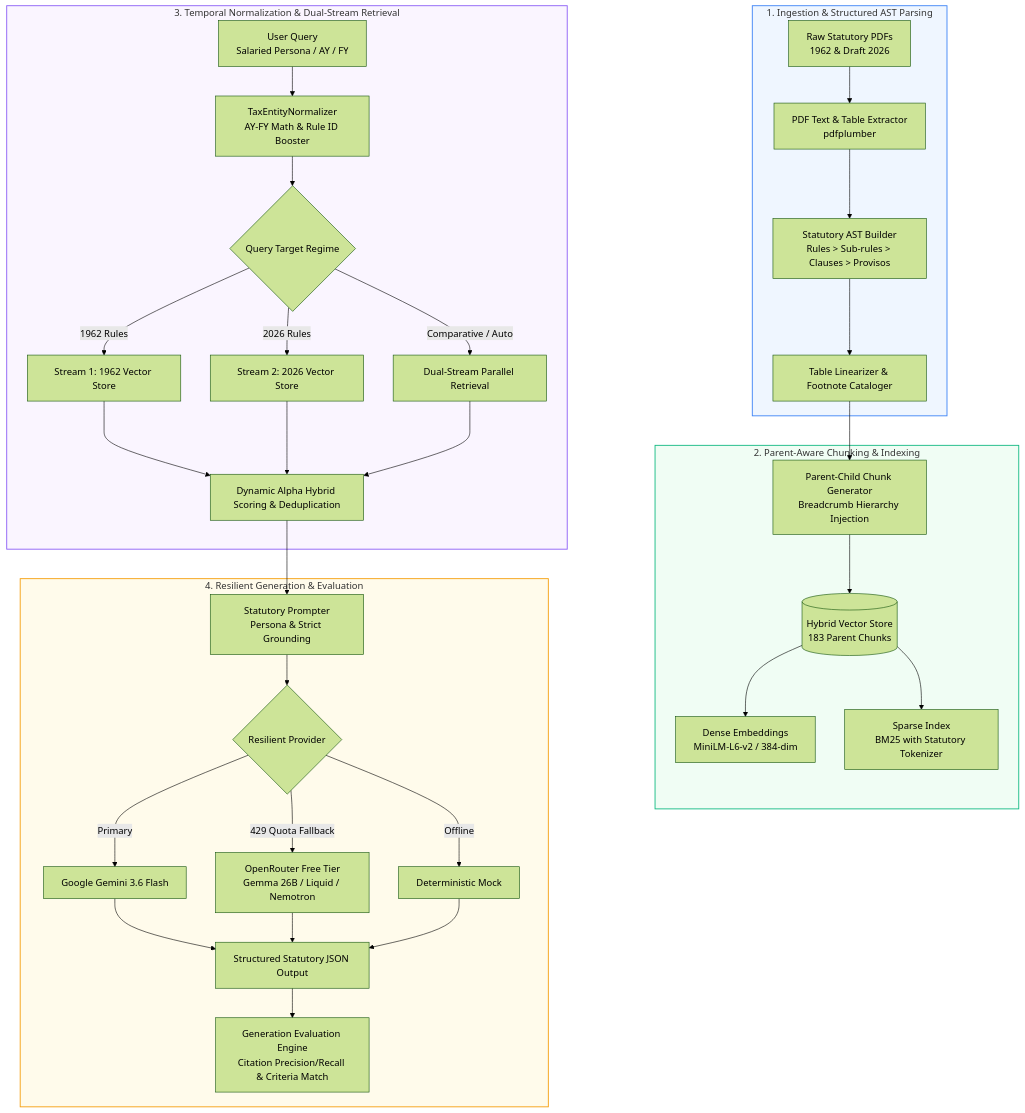
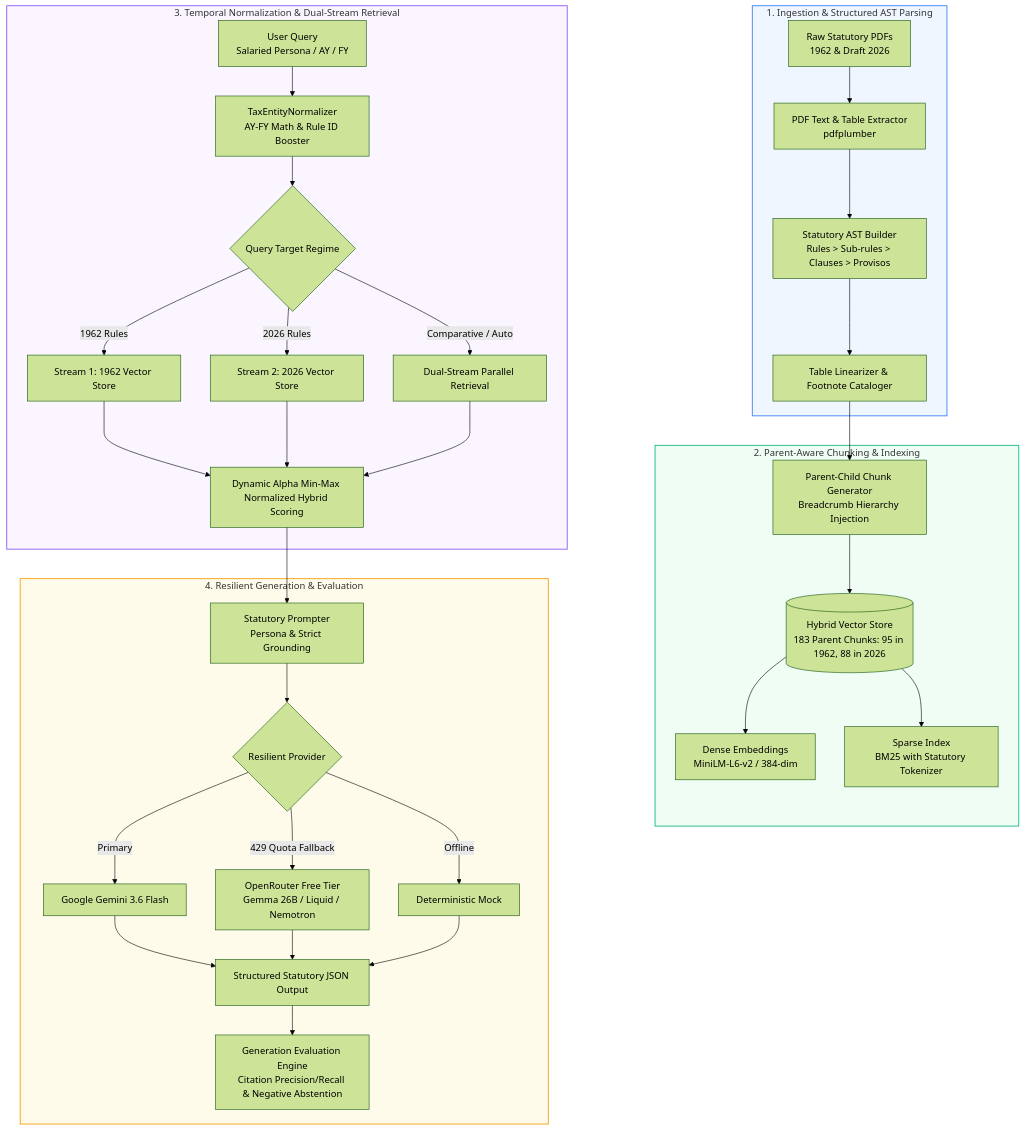
The first of 2 diagrams in README.md (esannihith/tax-chrono-rag), drawn with Mermaid (forest theme) before and after one commit. The commit also changed other lines of this file and 27 other files, not shown here.

````diff
--- a/README.md
+++ b/README.md
@@ -55,43 +56,43 @@
 ```mermaid
 flowchart TD
     subgraph INGESTION ["1. Ingestion & Structured AST Parsing"]
         A1[Raw Statutory PDFs<br/>1962 & Draft 2026] --> A2[PDF Text & Table Extractor<br/>pdfplumber]
         A2 --> A3[Statutory AST Builder<br/>Rules > Sub-rules > Clauses > Provisos]
         A3 --> A4[Table Linearizer & Footnote Cataloger]
     end
 
     subgraph CHUNKING ["2. Parent-Aware Chunking & Indexing"]
         A4 --> B1[Parent-Child Chunk Generator<br/>Breadcrumb Hierarchy Injection]
-        B1 --> B2[(Hybrid Vector Store<br/>183 Parent Chunks)]
+        B1 --> B2[(Hybrid Vector Store<br/>183 Parent Chunks: 95 in 1962, 88 in 2026)]
         B2 --> B3[Dense Embeddings<br/>MiniLM-L6-v2 / 384-dim]
         B2 --> B4[Sparse Index<br/>BM25 with Statutory Tokenizer]
     end
 
     subgraph RETRIEVAL ["3. Temporal Normalization & Dual-Stream Retrieval"]
         Q[User Query<br/>Salaried Persona / AY / FY] --> C1[TaxEntityNormalizer<br/>AY-FY Math & Rule ID Booster]
         C1 --> C2{Query Target Regime}
         C2 -->|1962 Rules| C3[Stream 1: 1962 Vector Store]
         C2 -->|2026 Rules| C4[Stream 2: 2026 Vector Store]
         C2 -->|Comparative / Auto| C5[Dual-Stream Parallel Retrieval]
-        C3 --> C6[Dynamic Alpha Hybrid Scoring & Deduplication]
+        C3 --> C6[Dynamic Alpha Min-Max Normalized Hybrid Scoring]
         C4 --> C6
         C5 --> C6
     end
 
     subgraph GENERATION ["4. Resilient Generation & Evaluation"]
         C6 --> D1[Statutory Prompter<br/>Persona & Strict Grounding]
         D1 --> D2{Resilient Provider}
         D2 -->|Primary| D3[Google Gemini 3.6 Flash]
         D2 -->|429 Quota Fallback| D4[OpenRouter Free Tier<br/>Gemma 26B / Liquid / Nemotron]
         D2 -->|Offline| D5[Deterministic Mock]
         D3 --> E1[Structured Statutory JSON Output]
         D4 --> E1
         D5 --> E1
-        E1 --> E2[Generation Evaluation Engine<br/>Citation Precision/Recall & Criteria Match]
+        E1 --> E2[Generation Evaluation Engine<br/>Citation Precision/Recall & Negative Abstention]
     end
 
     style INGESTION fill:#EFF6FF,stroke:#3B82F6,stroke-width:1.5px
     style CHUNKING fill:#F0FDF4,stroke:#10B981,stroke-width:1.5px
     style RETRIEVAL fill:#FAF5FF,stroke:#8B5CF6,stroke-width:1.5px
     style GENERATION fill:#FFFBEB,stroke:#F59E0B,stroke-width:1.5px
 ```
````
